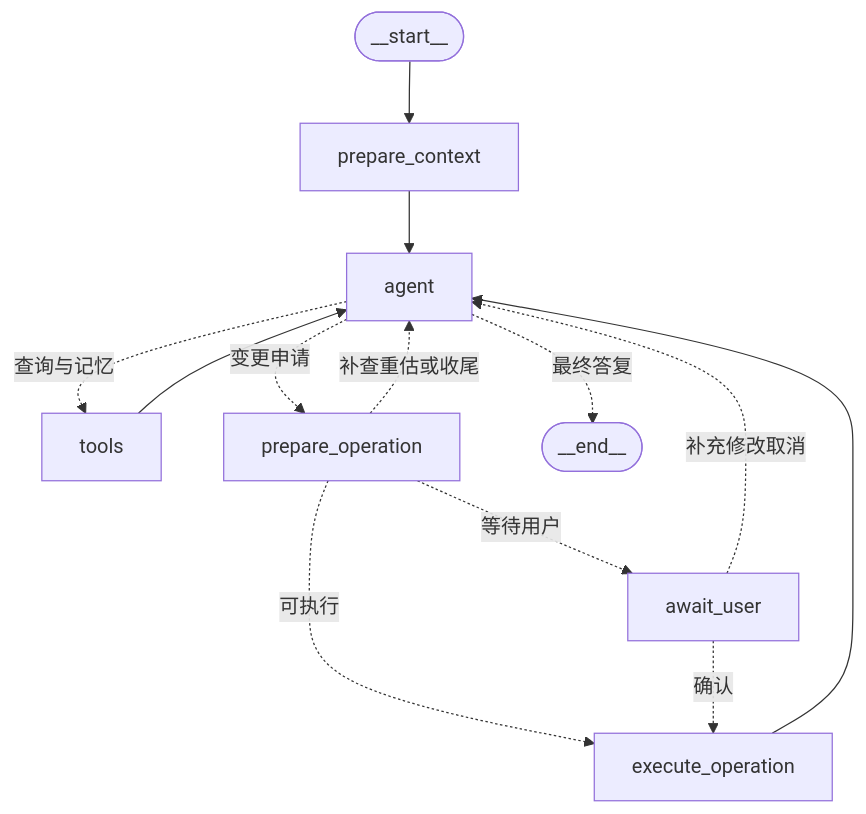
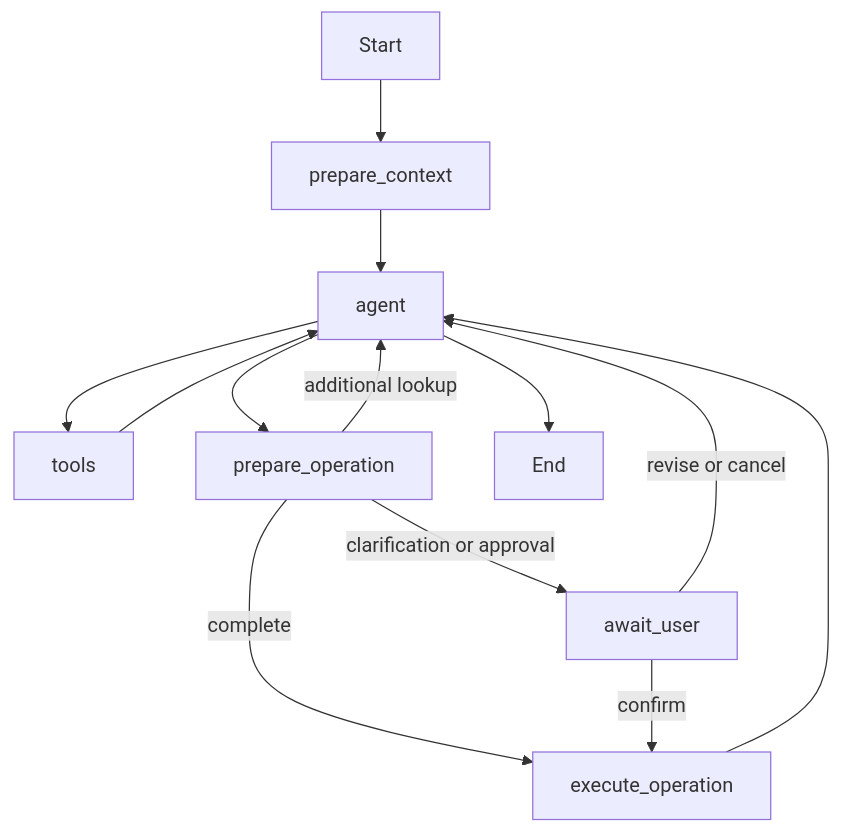
The diagram in docs/architecture/AGENT_DESIGN.md (syan349/sayfridge), drawn with Mermaid before and after one commit. The commit also changed other lines of this file and 30 other files, not shown here.

````diff
--- a/docs/architecture/AGENT_DESIGN.md
+++ b/docs/architecture/AGENT_DESIGN.md
@@ -35,15 +11,15 @@
 ```mermaid
 flowchart TD
-    S(["__start__"]) --> C["prepare_context"]
-    C --> A["agent"]
-    A -. 查询与记忆 .-> T["tools"]
+    Start --> C[prepare_context]
+    C --> A[agent]
+    A --> T[tools]
     T --> A
-    A -. 变更申请 .-> P["prepare_operation"]
-    P -. 补查重估或收尾 .-> A
-    P -. 可执行 .-> E["execute_operation"]
-    P -. 等待用户 .-> W["await_user"]
-    W -. 确认 .-> E
-    W -. 补充修改取消 .-> A
+    A --> P[prepare_operation]
+    P -->|complete| E[execute_operation]
+    P -->|clarification or approval| W[await_user]
+    P -->|additional lookup| A
+    W -->|confirm| E
+    W -->|revise or cancel| A
     E --> A
-    A -. 最终答复 .-> Z(["__end__"])
+    A --> End
 ```
````
